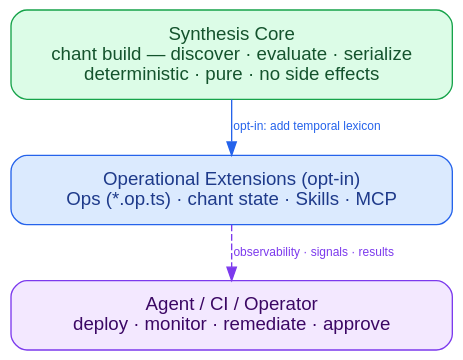
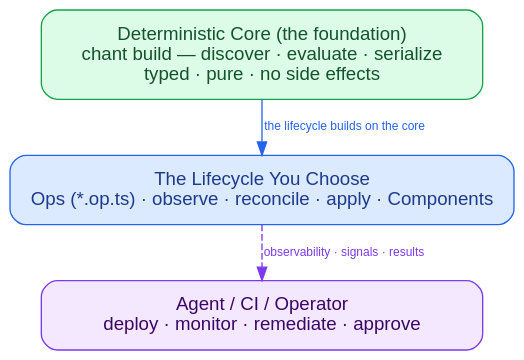
The diagram in docs/diagrams/philosophy-layers.dot (INTENTIUS/chant), drawn with Graphviz before and after one commit. The commit also changed 10 other files, not shown here.

First line of the commit message:
docs: lead with the lifecycle — retire the "synthesis only" framing (#756)

```diff
--- a/docs/diagrams/philosophy-layers.dot
+++ b/docs/diagrams/philosophy-layers.dot
@@ -1,18 +1,18 @@
 digraph philosophy_layers {
   rankdir=TB
   graph [fontname="Helvetica,Arial,sans-serif" bgcolor="transparent" pad="0.5" ranksep="0.45" nodesep="1.0"]
   node  [fontname="Helvetica,Arial,sans-serif" shape=box style="filled,rounded" margin="0.3,0.15" width=4.6]
   edge  [fontname="Helvetica,Arial,sans-serif" fontsize=9 fontcolor="#475569"]
 
-  core [label="Synthesis Core\nchant build — discover · evaluate · serialize\ndeterministic · pure · no side effects"
+  core [label="Deterministic Core (the foundation)\nchant build — discover · evaluate · serialize\ntyped · pure · no side effects"
         fillcolor="#DCFCE7" color="#16A34A" fontcolor="#14532D"]
 
-  ops  [label="Operational Extensions (opt-in)\nOps (*.op.ts) · chant state · Skills · MCP"
+  ops  [label="The Lifecycle You Choose\nOps (*.op.ts) · observe · reconcile · apply · Components"
         fillcolor="#DBEAFE" color="#2563EB" fontcolor="#1E3A8A"]
 
   agent [label="Agent / CI / Operator\ndeploy · monitor · remediate · approve"
          fillcolor="#F3E8FF" color="#7C3AED" fontcolor="#3B0764"]
 
-  core  -> ops   [label="opt-in: add temporal lexicon" color="#2563EB" fontcolor="#2563EB"]
+  core  -> ops   [label="the lifecycle builds on the core" color="#2563EB" fontcolor="#2563EB"]
   ops   -> agent [label="observability · signals · results" color="#7C3AED" fontcolor="#7C3AED" style=dashed]
 }
```
